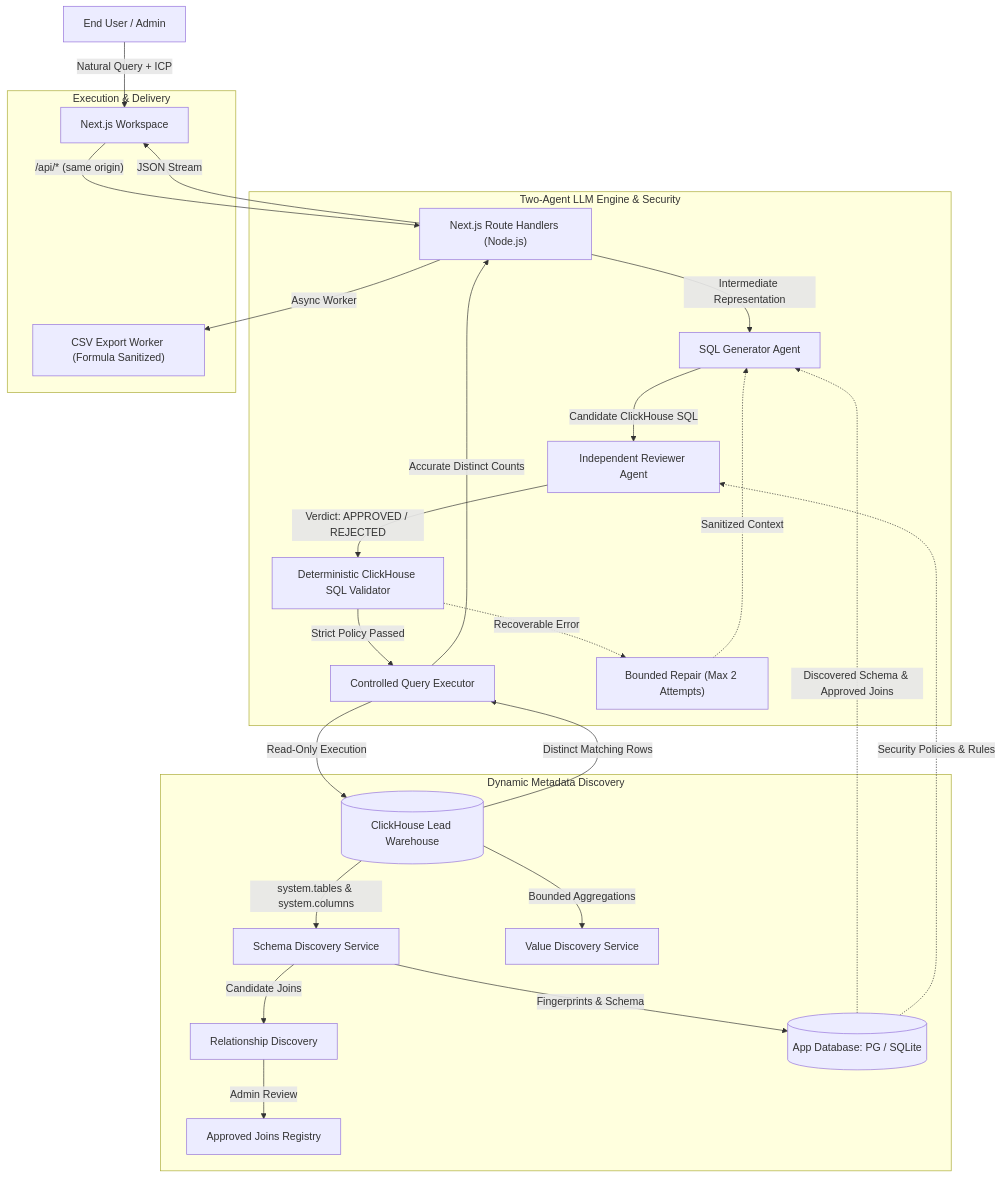
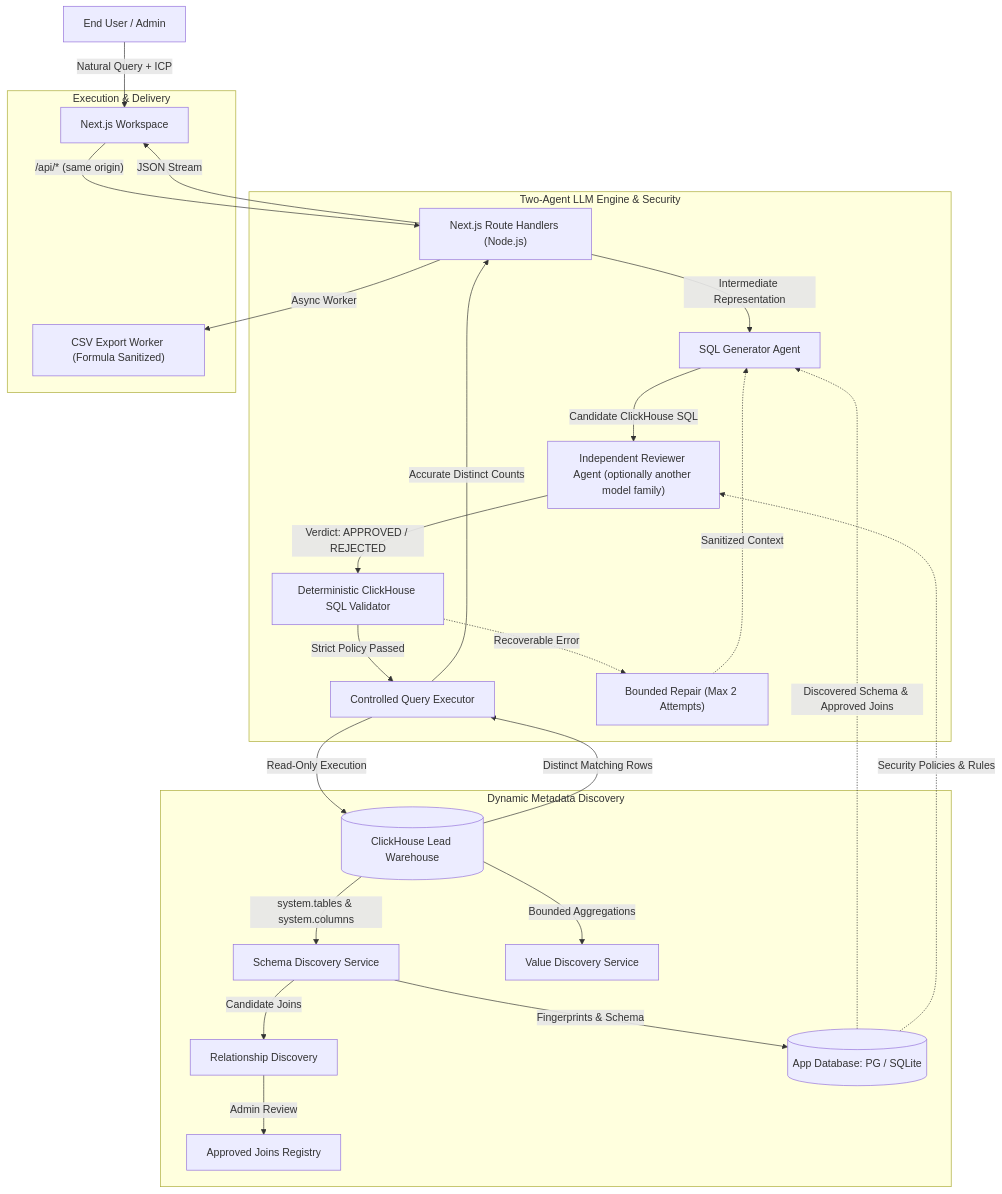
One commit to Tentact-ORG/Tentact-UI changed the diagram in docs/architecture.md. Above: the diagram before and after it, drawn with Mermaid. The commit also changed other lines of this file and 6 other files, not shown here.

````diff
--- a/docs/architecture.md
+++ b/docs/architecture.md
@@ -5,32 +5,32 @@
 ```mermaid
 flowchart TD
     User["End User / Admin"] -->|Natural Query + ICP| Frontend["Next.js Workspace"]
     Frontend -->|"/api/* (same origin)"| Backend["Next.js Route Handlers (Node.js)"]
     
     subgraph "Dynamic Metadata Discovery"
         CH[(ClickHouse Lead Warehouse)] -->|system.tables & system.columns| SchemaDiscovery["Schema Discovery Service"]
         CH -->|Bounded Aggregations| ValueDiscovery["Value Discovery Service"]
         SchemaDiscovery -->|Candidate Joins| RelDiscovery["Relationship Discovery"]
         RelDiscovery -->|Admin Review| RelApproval["Approved Joins Registry"]
         SchemaDiscovery -->|Fingerprints & Schema| MetadataCache[(App Database: PG / SQLite)]
     end
 
     subgraph "Two-Agent LLM Engine & Security"
         Backend -->|Intermediate Representation| Agent1["SQL Generator Agent"]
         MetadataCache -.->|Discovered Schema & Approved Joins| Agent1
-        Agent1 -->|Candidate ClickHouse SQL| Agent2["Independent Reviewer Agent"]
+        Agent1 -->|Candidate ClickHouse SQL| Agent2["Independent Reviewer Agent (optionally another model family)"]
         MetadataCache -.->|Security Policies & Rules| Agent2
         Agent2 -->|Verdict: APPROVED / REJECTED| Validator["Deterministic ClickHouse SQL Validator"]
         Validator -->|Strict Policy Passed| Executor["Controlled Query Executor"]
         Validator -.->|Recoverable Error| RepairLoop["Bounded Repair (Max 2 Attempts)"]
         RepairLoop -.->|Sanitized Context| Agent1
     end
 
     subgraph "Execution & Delivery"
         Executor -->|Read-Only Execution| CH
         CH -->|Distinct Matching Rows| Executor
         Executor -->|Accurate Distinct Counts| Backend
         Backend -->|JSON Stream| Frontend
         Backend -->|Async Worker| ExportService["CSV Export Worker (Formula Sanitized)"]
     end
 ```
````
